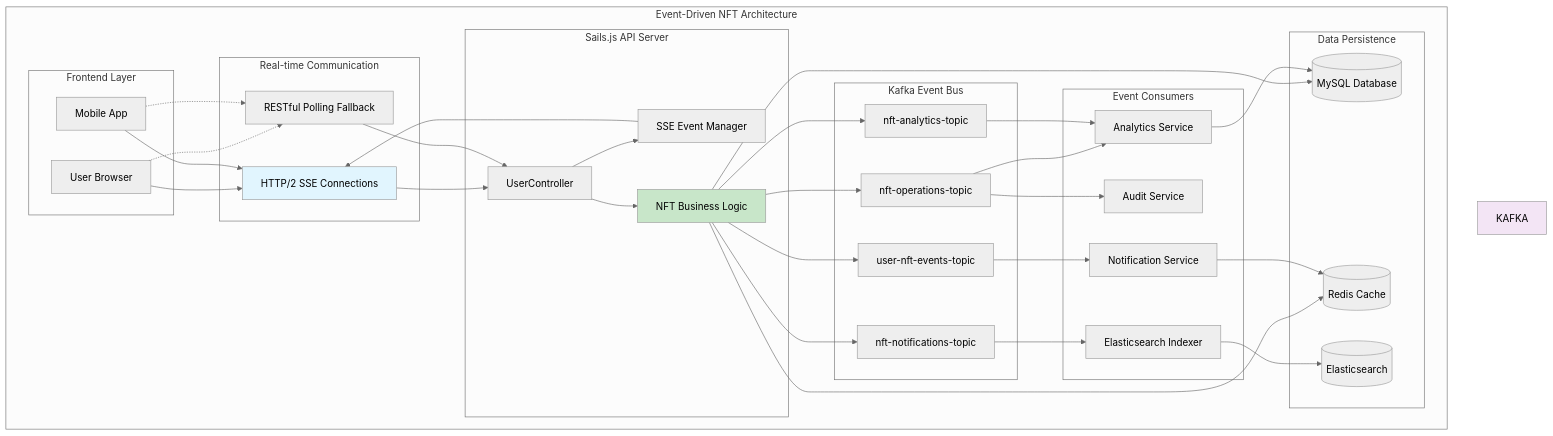
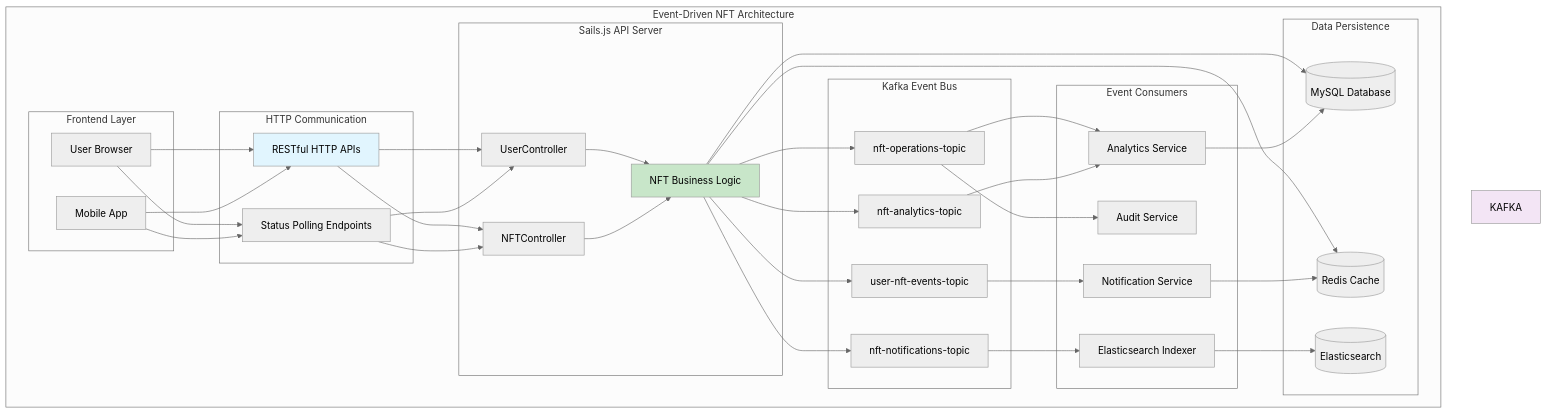
Before and after one commit to ljg-cqu/aiw3-nft-solana: the diagram in docs/technical/architecture/AIW3-NFT-Event-Driven-Architecture.md, drawn with Mermaid (neutral theme). The commit also changed other lines of this file and 8 other files, not shown here.

Commit message:
refactor: replace WebSocket with HTTP polling for real-time updates

````diff
--- a/docs/technical/architecture/AIW3-NFT-Event-Driven-Architecture.md
+++ b/docs/technical/architecture/AIW3-NFT-Event-Driven-Architecture.md
@@ -41,79 +41,80 @@
 ```mermaid
 graph TB
     subgraph "Event-Driven NFT Architecture"
         subgraph "Frontend Layer"
             BROWSER[User Browser]
             MOBILE[Mobile App]
         end
         
-        subgraph "Real-time Communication"
-            SSE[HTTP/2 SSE Connections]
-            POLLING[RESTful Polling Fallback]
+        subgraph "HTTP Communication"
+            REST_API[RESTful HTTP APIs]
+            POLLING[Status Polling Endpoints]
         end
         
         subgraph "Sails.js API Server"
             USER_CTRL[UserController]
-            SSE_MGR[SSE Event Manager]
+            NFT_CTRL[NFTController]
             NFT_SVC[NFT Business Logic]
         end
         
         subgraph "Kafka Event Bus"
             NFT_TOPIC[nft-operations-topic]
             USER_TOPIC[user-nft-events-topic]
             NOTIF_TOPIC[nft-notifications-topic]
             ANALYTICS_TOPIC[nft-analytics-topic]
         end
         
         subgraph "Event Consumers"
             ANALYTICS[Analytics Service]
             NOTIFICATION[Notification Service]
             AUDIT[Audit Service]
             ELASTICSEARCH[Elasticsearch Indexer]
         end
         
         subgraph "Data Persistence"
             MYSQL[(MySQL Database)]
             REDIS[(Redis Cache)]
             ES[(Elasticsearch)]
         end
     end
     
-    %% Direct User Communication
-    BROWSER --> SSE
-    MOBILE --> SSE
-    SSE --> USER_CTRL
-    USER_CTRL --> SSE_MGR
-    SSE_MGR --> SSE
+    %% RESTful HTTP Communication
+    BROWSER --> REST_API
+    MOBILE --> REST_API
+    REST_API --> USER_CTRL
+    REST_API --> NFT_CTRL
     
-    %% Fallback Communication
-    BROWSER -.-> POLLING
-    MOBILE -.-> POLLING
+    %% Status Polling
+    BROWSER --> POLLING
+    MOBILE --> POLLING
     POLLING --> USER_CTRL
+    POLLING --> NFT_CTRL
     
     %% Business Logic Flow
     USER_CTRL --> NFT_SVC
+    NFT_CTRL --> NFT_SVC
     NFT_SVC --> MYSQL
     NFT_SVC --> REDIS
     
     %% Event Publishing
     NFT_SVC --> NFT_TOPIC
     NFT_SVC --> USER_TOPIC
     NFT_SVC --> NOTIF_TOPIC
     NFT_SVC --> ANALYTICS_TOPIC
     
     %% Event Consumption
     NFT_TOPIC --> ANALYTICS
     NFT_TOPIC --> AUDIT
     USER_TOPIC --> NOTIFICATION
     NOTIF_TOPIC --> ELASTICSEARCH
     ANALYTICS_TOPIC --> ANALYTICS
     
     %% Data Flow
     ANALYTICS --> MYSQL
     NOTIFICATION --> REDIS
     ELASTICSEARCH --> ES
     
-    style SSE fill:#e1f5fe
+    style REST_API fill:#e1f5fe
     style KAFKA fill:#f3e5f5
     style NFT_SVC fill:#c8e6c9
 ```
````
